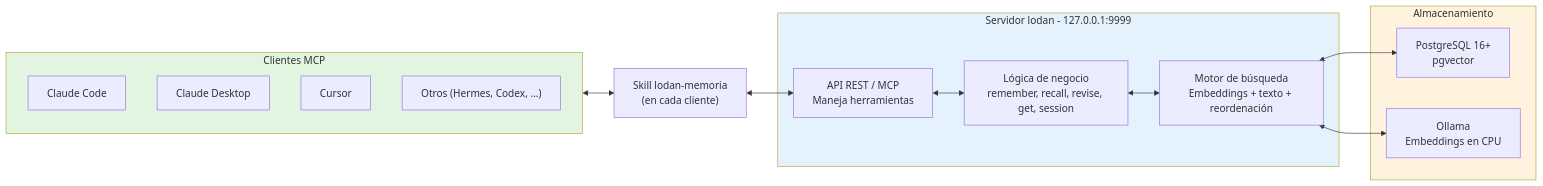
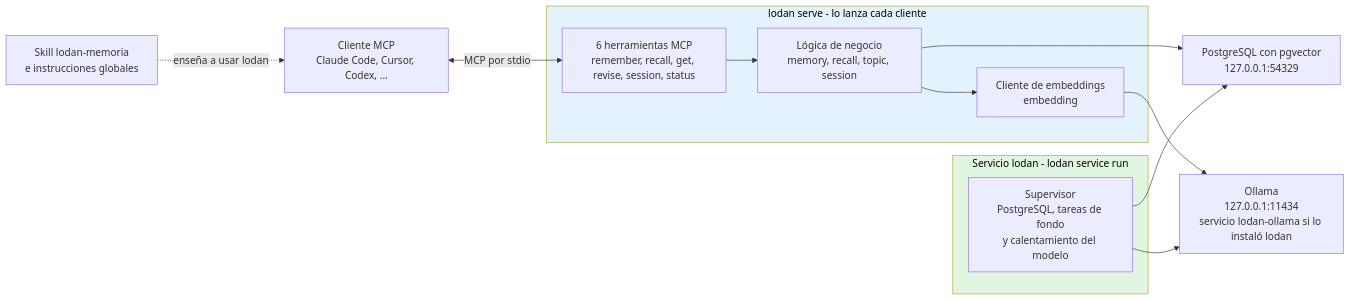
The diagram in README.md (4ntoniomj/lodaan-memory), drawn with Mermaid before and after one commit. The commit also changed other lines of this file, not shown here.

First line of the commit message:
docs: actualizar README con el estado verificado

````diff
--- a/README.md
+++ b/README.md
@@ -240,33 +328,30 @@
 ```mermaid
 flowchart LR
-    subgraph MCP["Clientes MCP"]
-        Claude["Claude Code"]
-        Desktop["Claude Desktop"]
-        Cursor["Cursor"]
-        Other["Otros (Hermes, Codex, ...)"]
+    Client["Cliente MCP<br/>Claude Code, Cursor, Codex, ..."]
+    Skill["Skill lodan-memoria<br/>e instrucciones globales"]
+
+    subgraph Serve["lodan serve - lo lanza cada cliente"]
+        Tools["6 herramientas MCP<br/>remember, recall, get, revise, session, status"]
+        Logic["Lógica de negocio<br/>memory, recall, topic, session"]
+        Emb["Cliente de embeddings<br/>embedding"]
     end
-    
-    Skill["Skill lodan-memoria<br/>(en cada cliente)"]
-    
-    subgraph Lodan["Servidor lodan - 127.0.0.1:9999"]
-        API["API REST / MCP<br/>Maneja herramientas"]
-        Logic["Lógica de negocio<br/>remember, recall, revise, get, session"]
-        Search["Motor de búsqueda<br/>Embeddings + texto + reordenación"]
+
+    subgraph Svc["Servicio lodan - lodan service run"]
+        Sup["Supervisor<br/>PostgreSQL, tareas de fondo<br/>y calentamiento del modelo"]
     end
-    
-    subgraph Storage["Almacenamiento"]
-        PG["PostgreSQL 16+<br/>pgvector"]
-        Ollama["Ollama<br/>Embeddings en CPU"]
-    end
-    
-    MCP <--> Skill
-    Skill <--> API
-    API <--> Logic
-    Logic <--> Search
-    Search <--> PG
-    Search <--> Ollama
-    
-    style MCP fill:#e1f5e1
-    style Lodan fill:#e3f2fd
-    style Storage fill:#fff3e0
+
+    PG["PostgreSQL con pgvector<br/>127.0.0.1:54329"]
+    Ollama["Ollama<br/>127.0.0.1:11434<br/>servicio lodan-ollama si lo instaló lodan"]
+
+    Skill -.->|"enseña a usar lodan"| Client
+    Client <-->|"MCP por stdio"| Tools
+    Tools --> Logic
+    Logic --> PG
+    Logic --> Emb
+    Emb --> Ollama
+    Sup --> PG
+    Sup --> Ollama
+
+    style Serve fill:#e3f2fd,color:#000
+    style Svc fill:#e1f5e1,color:#000
 ```
````
